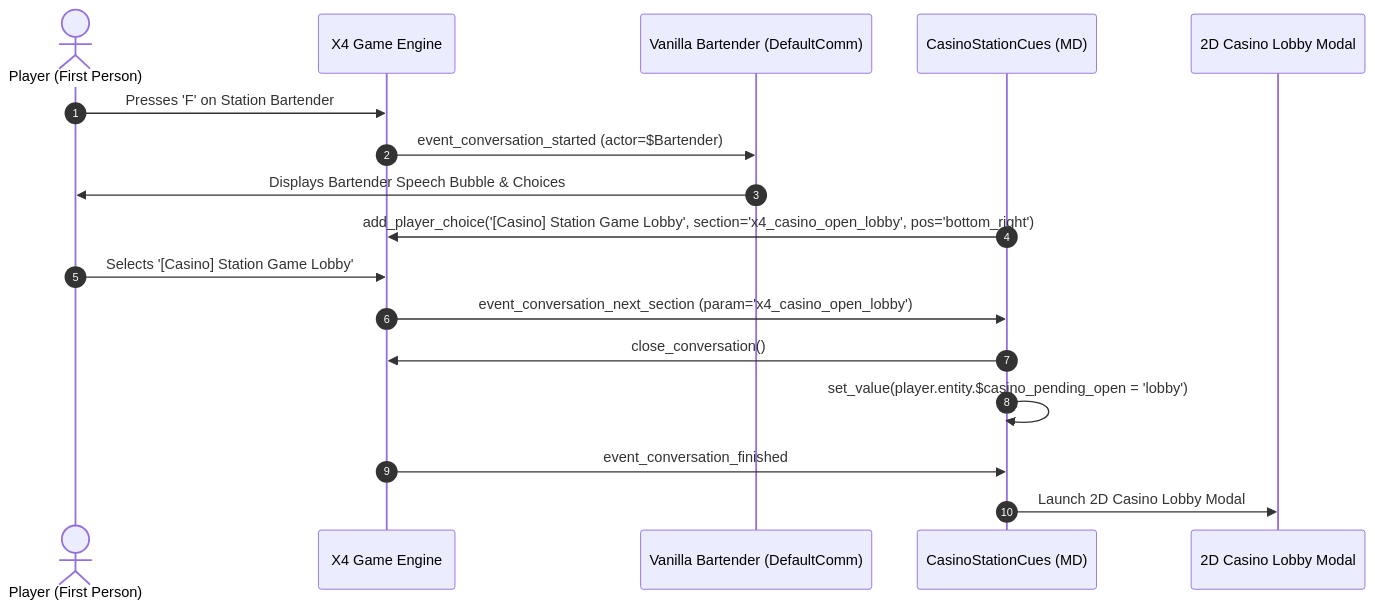
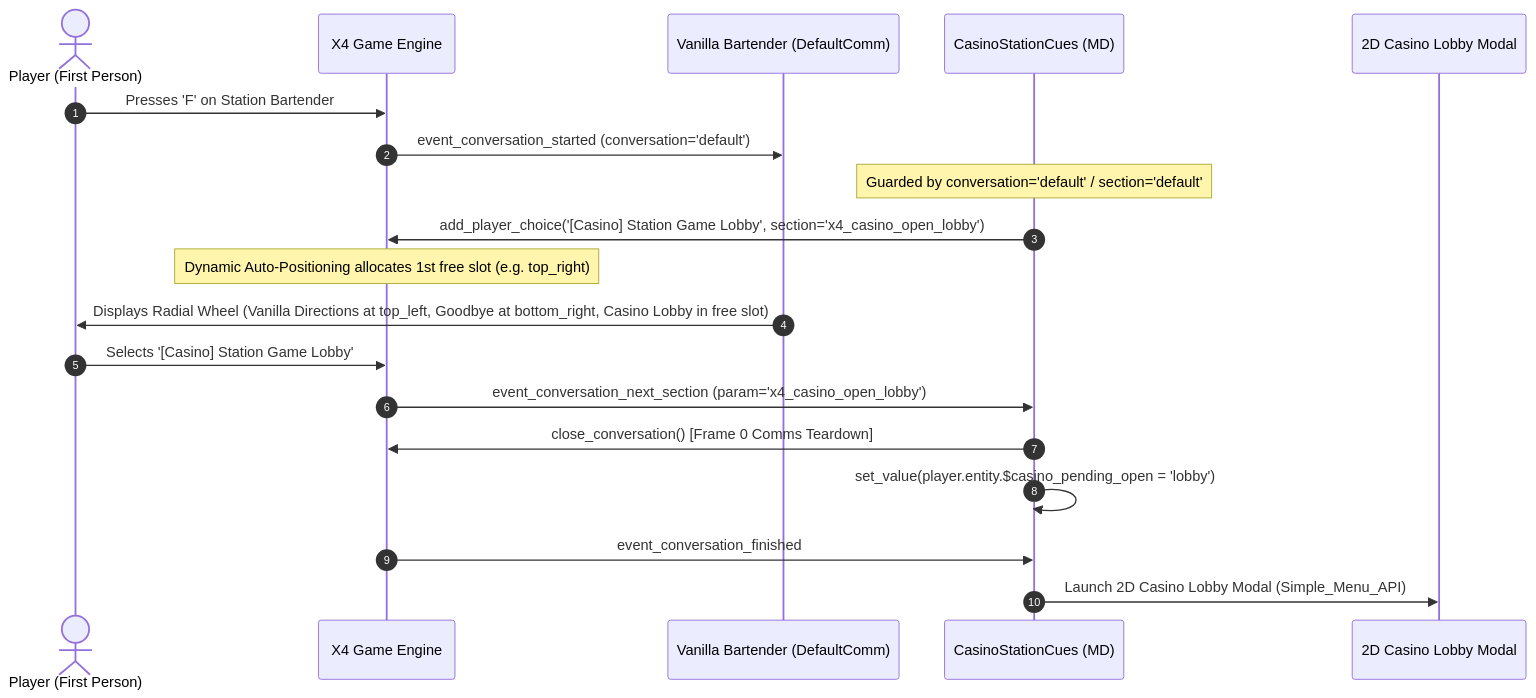
The second of 3 diagrams in .agents/plans/station-interior-interaction-architecture.md (DrewGamer/X4_CasinoMod), drawn with Mermaid before and after one commit. The commit also changed other lines of this file and 5 other files, not shown here.

````diff
--- a/.agents/plans/station-interior-interaction-architecture.md
+++ b/.agents/plans/station-interior-interaction-architecture.md
@@ -107,20 +107,22 @@
 ```mermaid
 sequenceDiagram
     autonumber
     actor Player as Player (First Person)
     participant Engine as X4 Game Engine
     participant Bartender as Vanilla Bartender (DefaultComm)
     participant Cue as CasinoStationCues (MD)
     participant GUI as 2D Casino Lobby Modal
 
     Player->>Engine: Presses 'F' on Station Bartender
-    Engine->>Bartender: event_conversation_started (actor=$Bartender)
-    Bartender->>Player: Displays Bartender Speech Bubble & Choices
-    Cue->>Engine: add_player_choice('[Casino] Station Game Lobby', section='x4_casino_open_lobby', pos='bottom_right')
+    Engine->>Bartender: event_conversation_started (conversation='default')
+    Note over Cue: Guarded by conversation='default' / section='default'
+    Cue->>Engine: add_player_choice('[Casino] Station Game Lobby', section='x4_casino_open_lobby')
+    Note over Engine: Dynamic Auto-Positioning allocates 1st free slot (e.g. top_right)
+    Bartender->>Player: Displays Radial Wheel (Vanilla Directions at top_left, Goodbye at bottom_right, Casino Lobby in free slot)
     Player->>Engine: Selects '[Casino] Station Game Lobby'
     Engine->>Cue: event_conversation_next_section (param='x4_casino_open_lobby')
-    Cue->>Engine: close_conversation()
+    Cue->>Engine: close_conversation() [Frame 0 Comms Teardown]
     Cue->>Cue: set_value(player.entity.$casino_pending_open = 'lobby')
     Engine->>Cue: event_conversation_finished
-    Cue->>GUI: Launch 2D Casino Lobby Modal
+    Cue->>GUI: Launch 2D Casino Lobby Modal (Simple_Menu_API)
 ```
````
